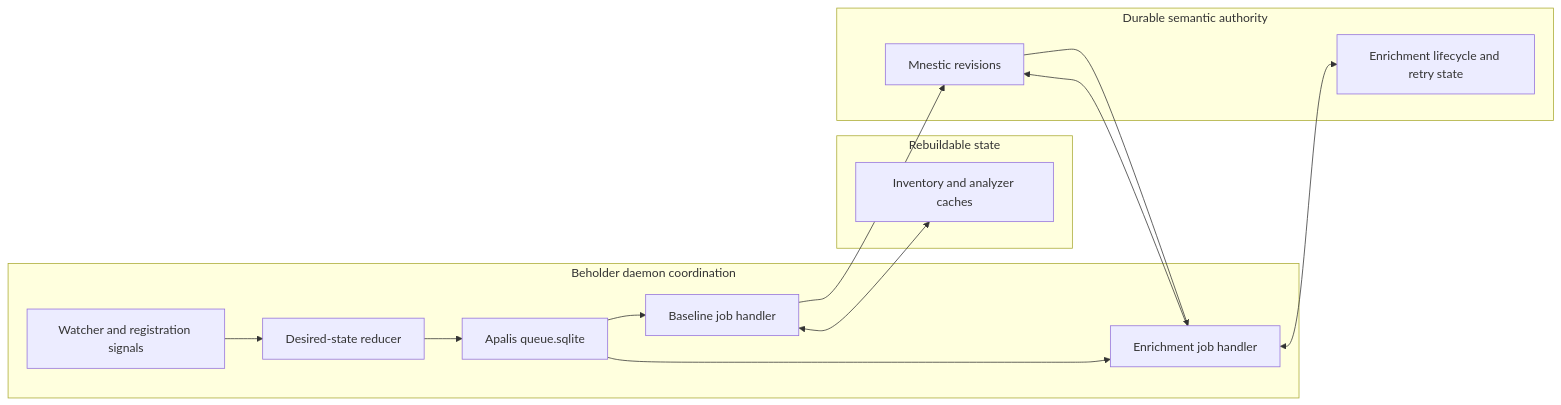
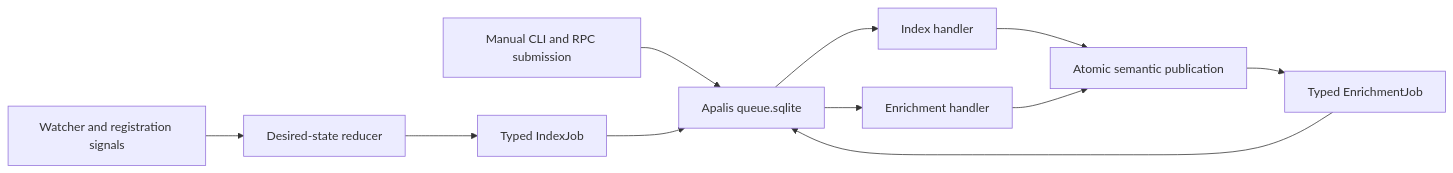
Before and after one commit to benediktms/beholder: the second of 2 diagrams in docs/adr/0006-background-work-scheduling.md, drawn with Mermaid. The commit also changed other lines of this file and 18 other files, not shown here.

Commit message:
feat(daemon): add inert Apalis queue foundation

````diff
--- a/docs/adr/0006-background-work-scheduling.md
+++ b/docs/adr/0006-background-work-scheduling.md
@@ -224,21 +227,10 @@
 ```mermaid
 flowchart LR
-    subgraph Coordination["Beholder daemon coordination"]
-        W["Watcher and registration signals"] --> D["Desired-state reducer"]
-        D --> Q["Apalis queue.sqlite"]
-        Q --> B["Baseline job handler"]
-        Q --> E["Enrichment job handler"]
-    end
-    subgraph Rebuildable["Rebuildable state"]
-        I["Inventory and analyzer caches"]
-    end
-    subgraph Semantic["Durable semantic authority"]
-        M["Mnestic revisions"]
-        L["Enrichment lifecycle and retry state"]
-    end
-    B <--> I
-    B --> M
-    M --> E
-    E <--> L
-    E --> M
+    W["Watcher and registration signals"] --> D["Desired-state reducer"]
+    C["Manual CLI and RPC submission"] --> Q["Apalis queue.sqlite"]
+    D --> I["Typed IndexJob"] --> Q
+    Q --> B["Index handler"]
+    B --> S["Atomic semantic publication"]
+    S --> E["Typed EnrichmentJob"] --> Q
+    Q --> R["Enrichment handler"] --> S
 ```
````
